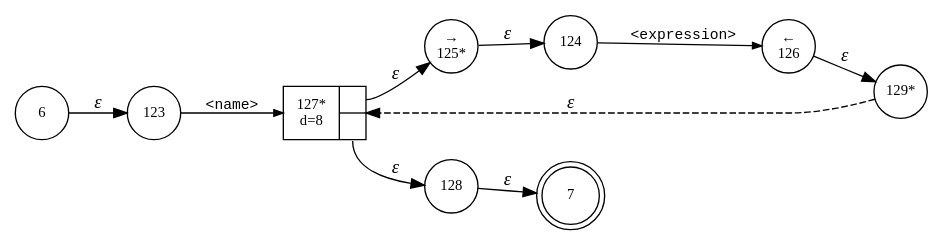
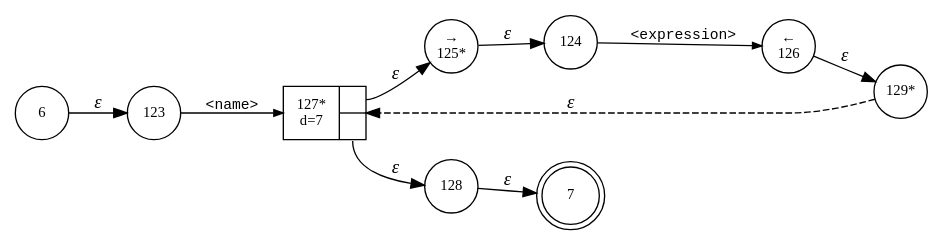
The diagram in interpreter/logo/logo.procedureInvocation.dot (Shinigami072/Compilers-LogoInterpreter), drawn with Graphviz before and after one commit. The commit also changed 20 other files, not shown here.

```diff
--- a/interpreter/logo/logo.procedureInvocation.dot
+++ b/interpreter/logo/logo.procedureInvocation.dot
@@ -1,21 +1,21 @@
 digraph ATN {
 rankdir=LR;
 s7[fontsize=11, label="7", shape=doublecircle, fixedsize=true, width=.6];
 s128[fontsize=11,label="128", shape=circle, fixedsize=true, width=.55, peripheries=1];
 s129[fontsize=11,label="129*", shape=circle, fixedsize=true, width=.55, peripheries=1];
 s6[fontsize=11,label="6", shape=circle, fixedsize=true, width=.55, peripheries=1];
 s123[fontsize=11,label="123", shape=circle, fixedsize=true, width=.55, peripheries=1];
 s124[fontsize=11,label="124", shape=circle, fixedsize=true, width=.55, peripheries=1];
 s125[fontsize=11,label="&rarr;\n125*", shape=circle, fixedsize=true, width=.55, peripheries=1];
 s126[fontsize=11,label="&larr;\n126", shape=circle, fixedsize=true, width=.55, peripheries=1];
-s127[fontsize=11,label="{127*\nd=8|{<p0>|<p1>}}", shape=record, fixedsize=false, peripheries=1];
+s127[fontsize=11,label="{127*\nd=7|{<p0>|<p1>}}", shape=record, fixedsize=false, peripheries=1];
 s6 -> s123 [fontname="Times-Italic", label="&epsilon;"];
 s123 -> s127 [fontsize=11, fontname="Courier", arrowsize=.7, label = "<name>", arrowhead = normal];
 s127:p0 -> s125 [fontname="Times-Italic", label="&epsilon;"];
 s127:p1 -> s128 [fontname="Times-Italic", label="&epsilon;"];
 s125 -> s124 [fontname="Times-Italic", label="&epsilon;"];
 s128 -> s7 [fontname="Times-Italic", label="&epsilon;"];
 s124 -> s126 [fontsize=11, fontname="Courier", arrowsize=.7, label = "<expression>", arrowhead = normal];
 s126 -> s129 [fontname="Times-Italic", label="&epsilon;"];
 s129 -> s127 [fontname="Times-Italic", label="&epsilon;", style="dashed"];
 }
```
